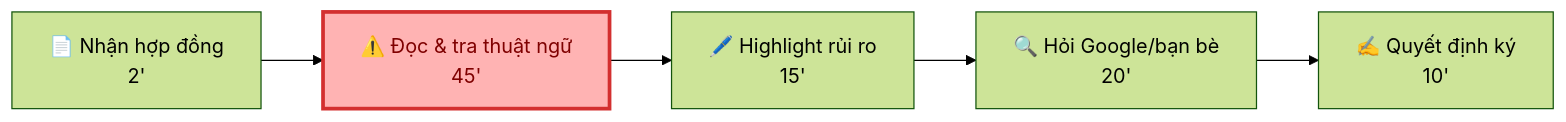
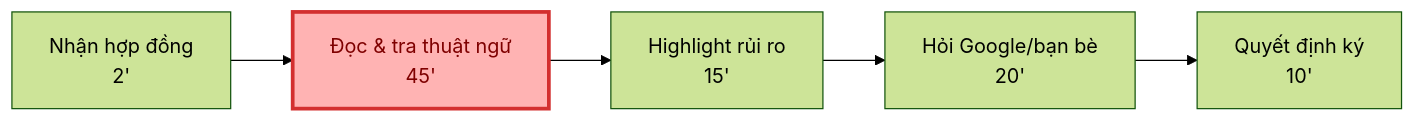
The third of 6 diagrams in 01-individual-problem-scan/01-individual-problem-scan.md (lequanneKMA/Day2-2A202600821-LeNguyenMinhQuan), drawn with Mermaid (forest theme) before and after one commit. The commit also changed other lines of this file, not shown here.

````diff
--- a/01-individual-problem-scan/01-individual-problem-scan.md
+++ b/01-individual-problem-scan/01-individual-problem-scan.md
@@ -287,10 +287,10 @@
 ```mermaid
 flowchart LR
-    A["📄 Nhận hợp đồng\n2'"]
-    --> B["⚠️ Đọc & tra thuật ngữ\n45'"]
-    --> C["🖊️ Highlight rủi ro\n15'"]
-    --> D["🔍 Hỏi Google/bạn bè\n20'"]
-    --> E["✍️ Quyết định ký\n10'"]
+    A[" Nhận hợp đồng\n2'"]
+    --> B[" Đọc & tra thuật ngữ\n45'"]
+    --> C[" Highlight rủi ro\n15'"]
+    --> D[" Hỏi Google/bạn bè\n20'"]
+    --> E[" Quyết định ký\n10'"]
 
     style B fill:#ffb3b3,stroke:#d32f2f,stroke-width:3px,color:#7f0000
 ```
````
